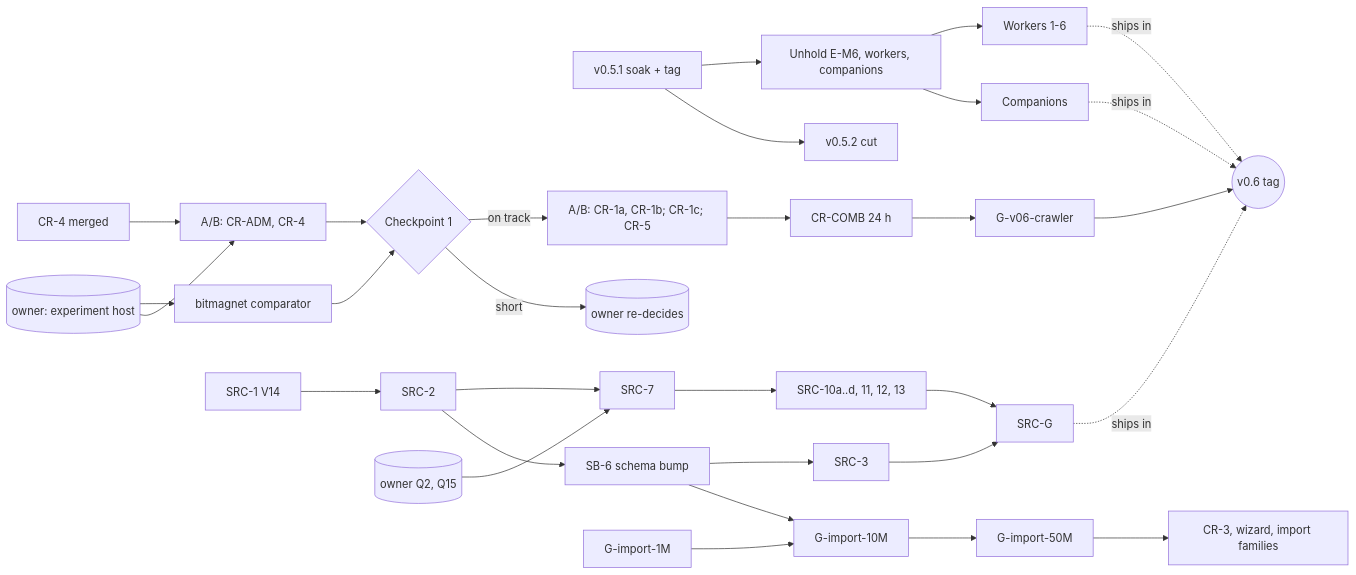
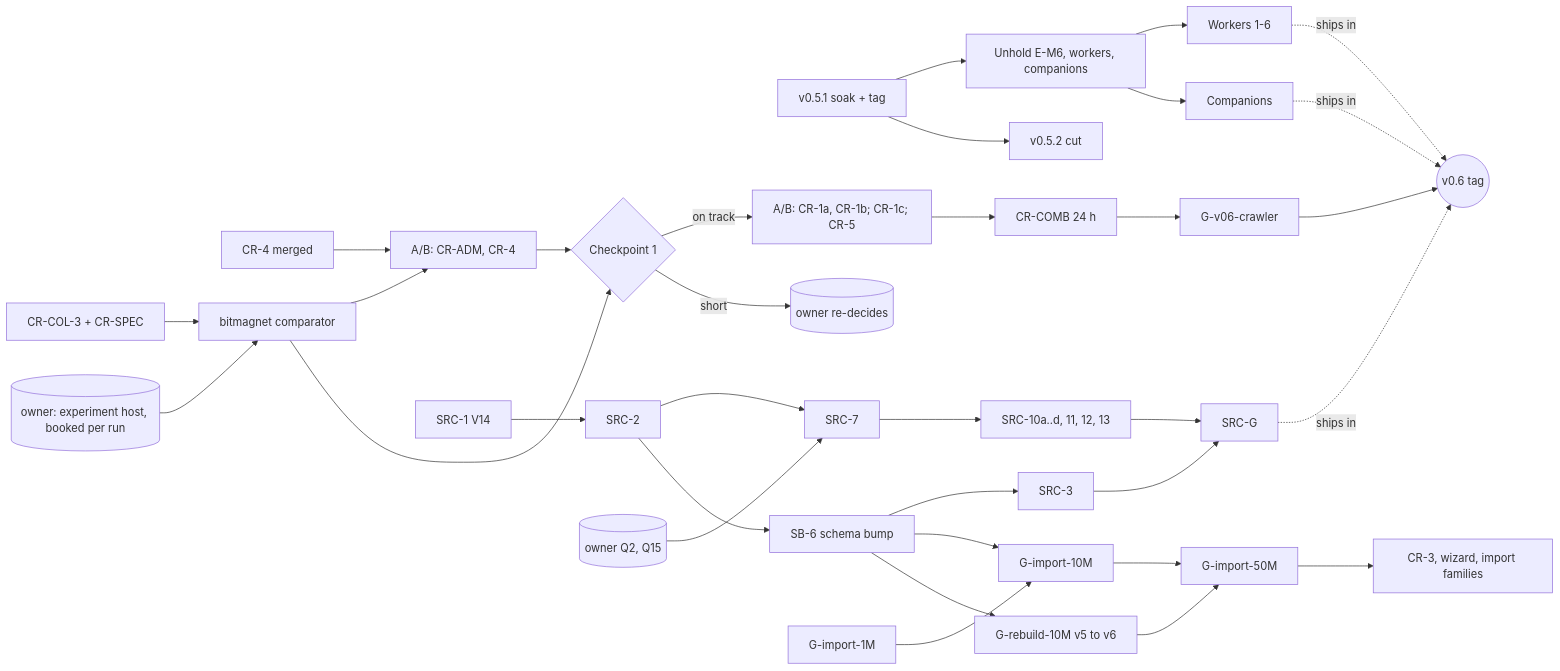
Before and after one commit to dvortsis/lodestar-v2: the diagram in docs/build-plan.md, drawn with Mermaid. The commit also changed other lines of this file and 5 other files, not shown here.

````diff
--- a/docs/build-plan.md
+++ b/docs/build-plan.md
@@ -215,22 +239,25 @@
 ```mermaid
 flowchart LR
   R[v0.5.1 soak + tag] --> EP[Unhold E-M6, workers, companions]
   R --> V52[v0.5.2 cut]
   CR4[CR-4 merged] --> AB[A/B: CR-ADM, CR-4]
-  HOST[(owner: experiment host)] --> COMP[bitmagnet comparator]
-  HOST --> AB
+  TOOL[CR-COL-3 + CR-SPEC] --> COMP
+  HOST[(owner: experiment host, booked per run)] --> COMP[bitmagnet comparator]
+  COMP --> AB
   COMP --> CP1{Checkpoint 1}
   AB --> CP1
   CP1 -->|on track| AB2[A/B: CR-1a, CR-1b; CR-1c; CR-5] --> COMB[CR-COMB 24 h] --> G6C[G-v06-crawler]
   CP1 -->|short| OWN[(owner re-decides)]
   SRC1[SRC-1 V14] --> SRC2[SRC-2] --> SRC7[SRC-7]
   Q[(owner Q2, Q15)] --> SRC7
   SRC7 --> SRC10[SRC-10a..d, 11, 12, 13] --> SRCG[SRC-G]
   SRC2 --> SB6[SB-6 schema bump] --> SRC3[SRC-3] --> SRCG
   SB6 --> I10[G-import-10M]
+  SB6 --> RB10[G-rebuild-10M v5 to v6]
+  RB10 --> I50
   I1[G-import-1M] --> I10 --> I50[G-import-50M] --> CR3[CR-3, wizard, import families]
   EP --> W[Workers 1-6] -.ships in.-> V06
   G6C --> V06((v0.6 tag))
   SRCG -.ships in.-> V06
   EP --> K[Companions] -.ships in.-> V06
 ```
````
